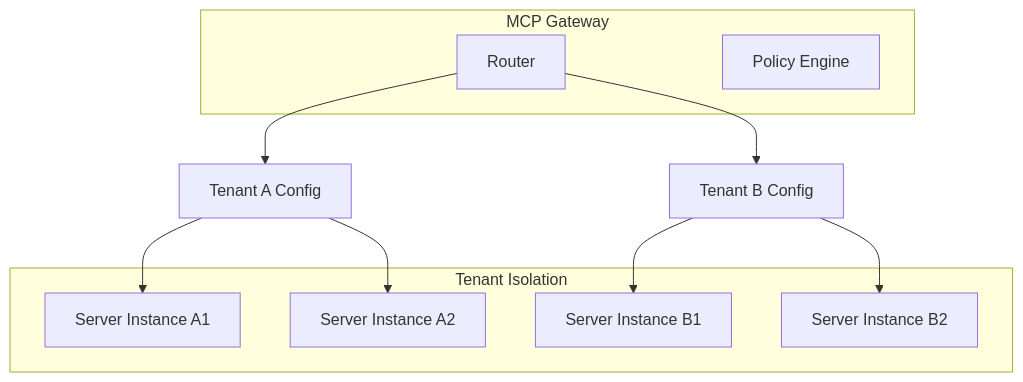
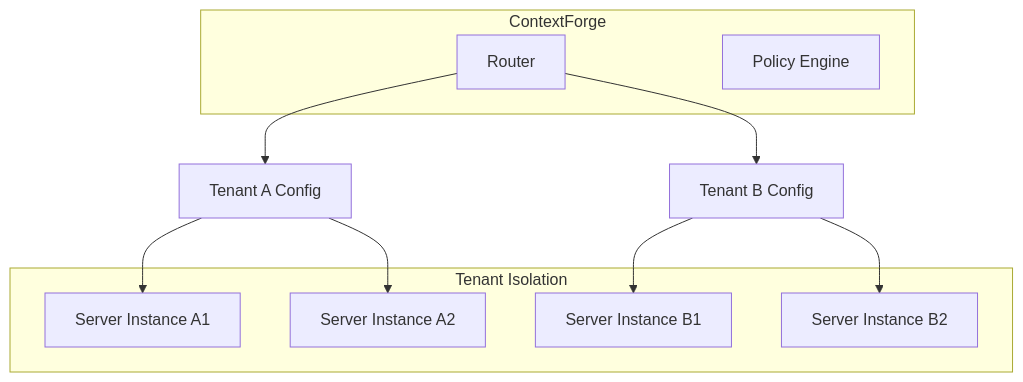
Before and after one commit to tedhabeck/mcp-context-forge: the ninth of 26 diagrams in docs/docs/best-practices/mcp-architecture-patterns.md, drawn with Mermaid. The commit also changed other lines of this file and 583 other files, not shown here.

First line of the commit message:
docs: rebrand to ContextForge AI Gateway (#3091)

````diff
--- a/docs/docs/best-practices/mcp-architecture-patterns.md
+++ b/docs/docs/best-practices/mcp-architecture-patterns.md
@@ -260,23 +260,23 @@
 ```mermaid
 flowchart TB
-  subgraph Gateway["MCP Gateway"]
+  subgraph Gateway["ContextForge"]
     R["Router"]
     P["Policy Engine"]
   end
 
   R --> T1["Tenant A Config"]
   R --> T2["Tenant B Config"]
 
   T1 --> S1A["Server Instance A1"]
   T1 --> S1B["Server Instance A2"]
 
   T2 --> S2A["Server Instance B1"]
   T2 --> S2B["Server Instance B2"]
 
   subgraph Isolation["Tenant Isolation"]
     S1A
     S1B
     S2A
     S2B
   end
 ```
````
